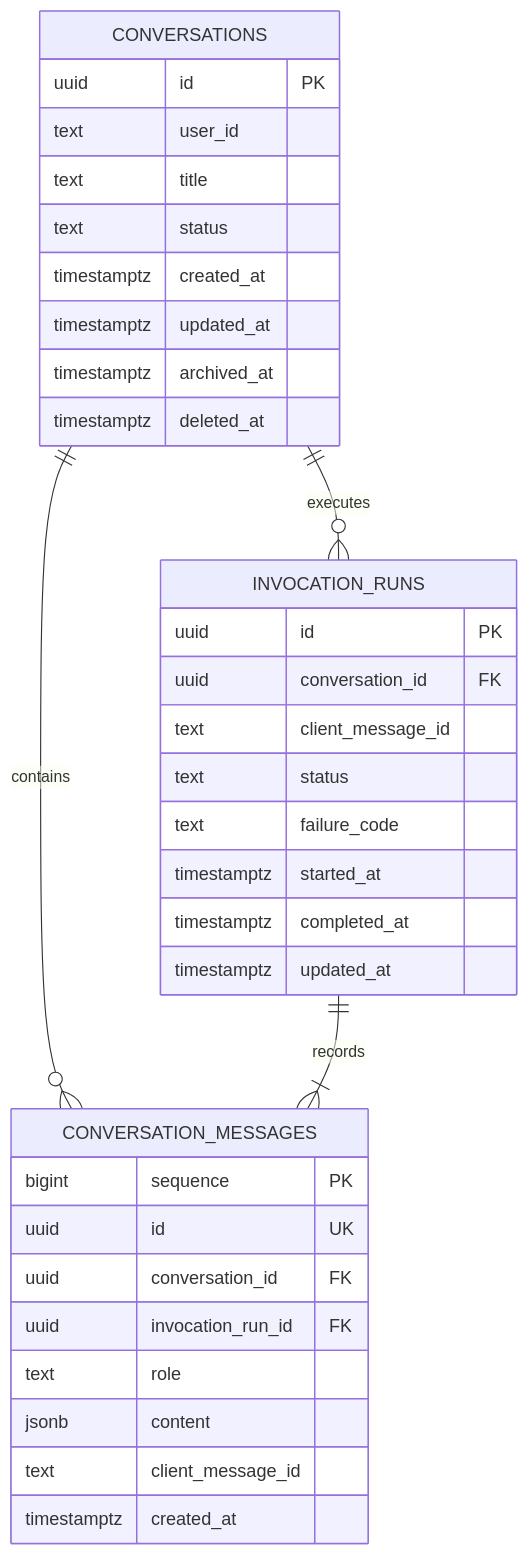
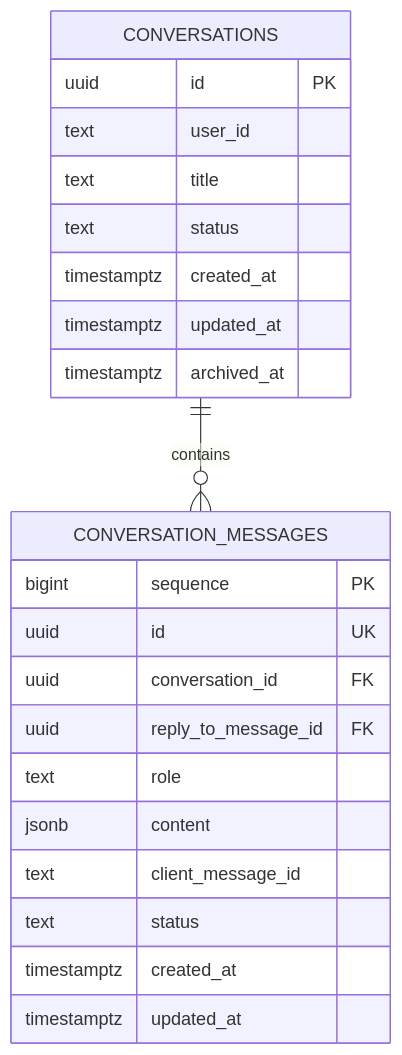
One commit to T-1009/personal-assistant changed the third of 5 diagrams in personal-assistant-meta/issues/features/feature-14-multi-session-runtime-prewarm/issue.md. Above: the diagram before and after it, drawn with Mermaid. The commit also changed other lines of this file and 2 other files, not shown here.

First line of the commit message:
docs: replace invocation_runs with message status, add advisory lock, unify PostgreSQL store

````diff
--- a/personal-assistant-meta/issues/features/feature-14-multi-session-runtime-prewarm/issue.md
+++ b/personal-assistant-meta/issues/features/feature-14-multi-session-runtime-prewarm/issue.md
@@ -319,37 +325,26 @@
 ```mermaid
 erDiagram
     CONVERSATIONS ||--o{ CONVERSATION_MESSAGES : contains
-    CONVERSATIONS ||--o{ INVOCATION_RUNS : executes
-    INVOCATION_RUNS ||--|{ CONVERSATION_MESSAGES : records
 
     CONVERSATIONS {
         uuid id PK
         text user_id
         text title
         text status
         timestamptz created_at
         timestamptz updated_at
         timestamptz archived_at
-        timestamptz deleted_at
     }
     CONVERSATION_MESSAGES {
         bigint sequence PK
         uuid id UK
         uuid conversation_id FK
-        uuid invocation_run_id FK
+        uuid reply_to_message_id FK
         text role
         jsonb content
         text client_message_id
+        text status
         timestamptz created_at
-    }
-    INVOCATION_RUNS {
-        uuid id PK
-        uuid conversation_id FK
-        text client_message_id
-        text status
-        text failure_code
-        timestamptz started_at
-        timestamptz completed_at
         timestamptz updated_at
     }
 ```
````
